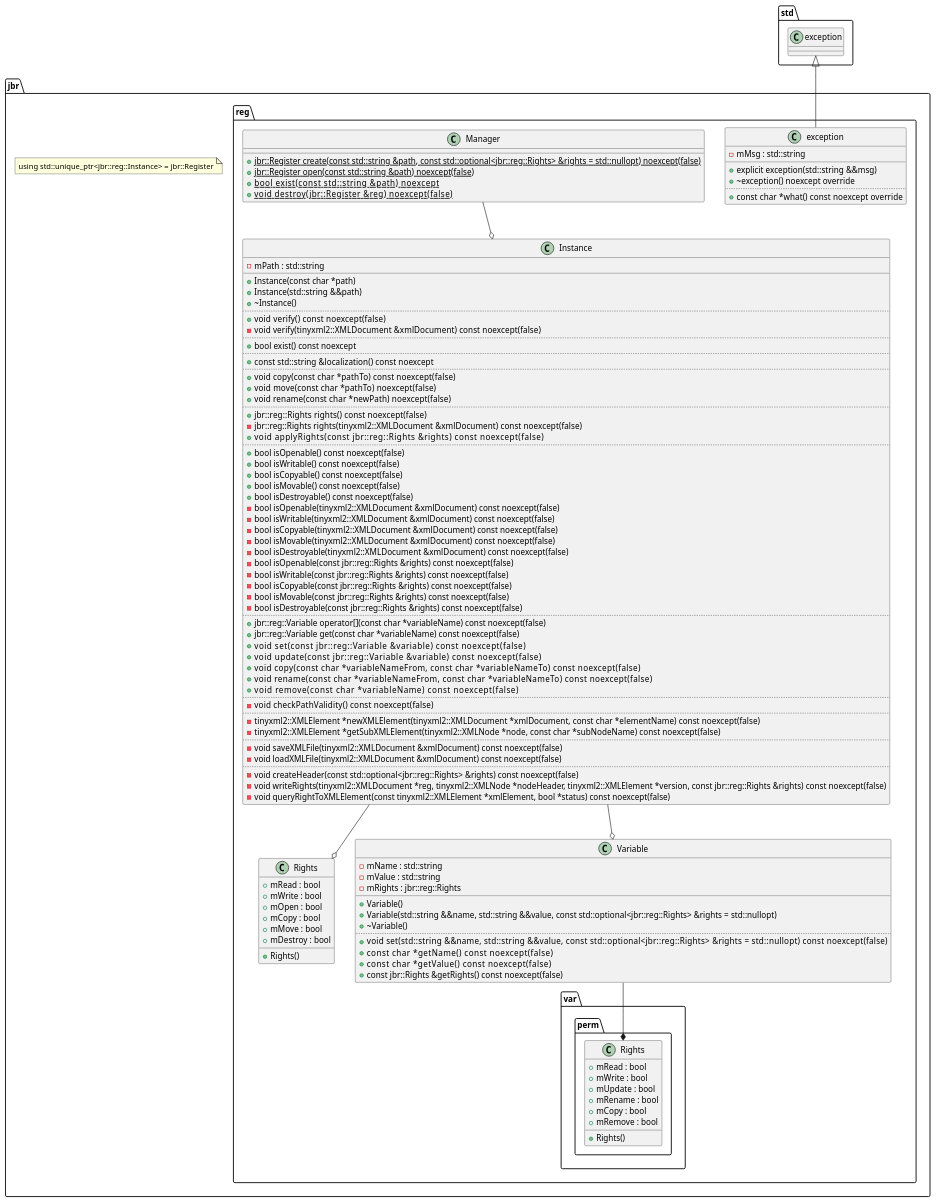
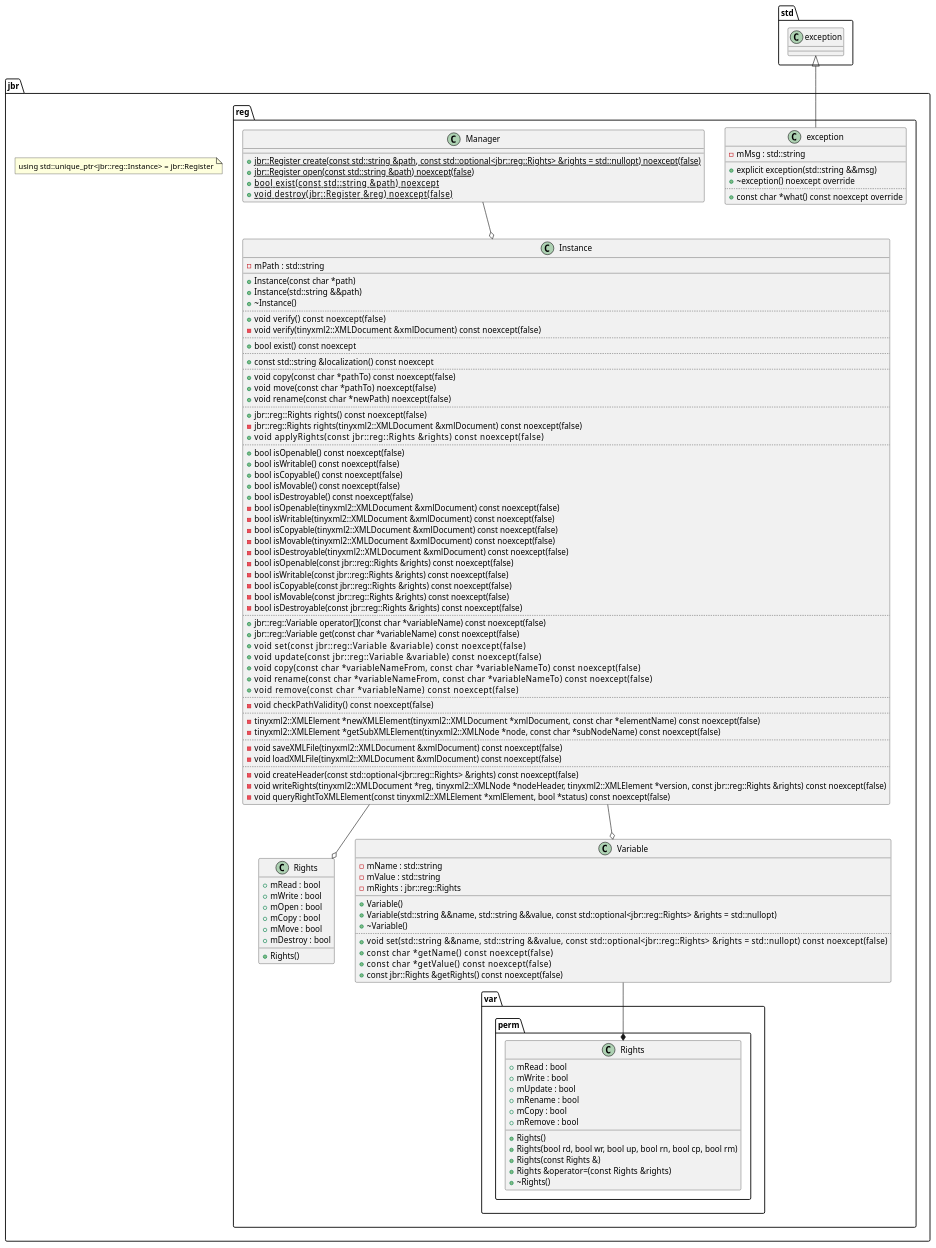
Before and after one commit to j-bruel/Register: the diagram in uml/cRegister.puml, drawn with PlantUML. The commit also changed 1 other file, not shown here.

Commit message:
Update uml on rights constructors

```diff
--- a/uml/cRegister.puml
+++ b/uml/cRegister.puml
@@ -1,145 +1,149 @@
 @startuml
 
 namespace std {
     class exception {
     }
 }
 
 namespace jbr {
 
     note "using std::unique_ptr<jbr::reg::Instance> = jbr::Register" as Register_Class_Name
 
     namespace reg {
 
         std.exception <|-- jbr.reg.exception
 
         class exception {
             -mMsg : std::string
             __
             +explicit exception(std::string &&msg)
             +~exception() noexcept override
             ..
             +const char  *what() const noexcept override
         }
 
         Manager --o	Instance
         Instance --o Rights
         Instance --o Variable
 
         class   Manager {
             +{static} jbr::Register create(const std::string &path, const std::optional<jbr::reg::Rights> &rights = std::nullopt) noexcept(false)
             +{static} jbr::Register open(const std::string &path) noexcept(false)
             +{static} bool          exist(const std::string &path) noexcept
             +{static} void          destroy(jbr::Register &reg) noexcept(false)
         }
 
         class Instance {
             -mPath : std::string
             __
             +Instance(const char *path)
             +Instance(std::string &&path)
             +~Instance()
             ..
             +void   verify() const noexcept(false)
             -void   verify(tinyxml2::XMLDocument &xmlDocument) const noexcept(false)
             ..
             +bool exist() const noexcept
             ..
             +const std::string  &localization() const noexcept
             ..
             +void   copy(const char *pathTo) const noexcept(false)
             +void   move(const char *pathTo) noexcept(false)
             +void   rename(const char *newPath) noexcept(false)
             ..
             +jbr::reg::Rights   rights() const noexcept(false)
             -jbr::reg::Rights   rights(tinyxml2::XMLDocument &xmlDocument) const noexcept(false)
             +void               applyRights(const jbr::reg::Rights &rights) const noexcept(false)
             ..
             +bool isOpenable() const noexcept(false)
             +bool isWritable() const noexcept(false)
             +bool isCopyable() const noexcept(false)
             +bool isMovable() const noexcept(false)
             +bool isDestroyable() const noexcept(false)
             -bool isOpenable(tinyxml2::XMLDocument &xmlDocument) const noexcept(false)
             -bool isWritable(tinyxml2::XMLDocument &xmlDocument) const noexcept(false)
             -bool isCopyable(tinyxml2::XMLDocument &xmlDocument) const noexcept(false)
             -bool isMovable(tinyxml2::XMLDocument &xmlDocument) const noexcept(false)
             -bool isDestroyable(tinyxml2::XMLDocument &xmlDocument) const noexcept(false)
             -bool isOpenable(const jbr::reg::Rights &rights) const noexcept(false)
             -bool isWritable(const jbr::reg::Rights &rights) const noexcept(false)
             -bool isCopyable(const jbr::reg::Rights &rights) const noexcept(false)
             -bool isMovable(const jbr::reg::Rights &rights) const noexcept(false)
             -bool isDestroyable(const jbr::reg::Rights &rights) const noexcept(false)
             ..
             +jbr::reg::Variable operator[](const char *variableName) const noexcept(false)
             +jbr::reg::Variable get(const char *variableName) const noexcept(false)
             +void               set(const jbr::reg::Variable &variable) const noexcept(false)
             +void               update(const jbr::reg::Variable &variable) const noexcept(false)
             +void               copy(const char *variableNameFrom, const char *variableNameTo) const noexcept(false)
             +void               rename(const char *variableNameFrom, const char *variableNameTo) const noexcept(false)
             +void               remove(const char *variableName) const noexcept(false)
             ..
             -void    checkPathValidity() const noexcept(false)
             ..
             -tinyxml2::XMLElement   *newXMLElement(tinyxml2::XMLDocument *xmlDocument, const char *elementName) const noexcept(false)
             -tinyxml2::XMLElement   *getSubXMLElement(tinyxml2::XMLNode *node, const char *subNodeName) const noexcept(false)
             ..
             -void saveXMLFile(tinyxml2::XMLDocument &xmlDocument) const noexcept(false)
             -void loadXMLFile(tinyxml2::XMLDocument &xmlDocument) const noexcept(false)
             ..
             -void createHeader(const std::optional<jbr::reg::Rights> &rights) const noexcept(false)
             -void writeRights(tinyxml2::XMLDocument *reg, tinyxml2::XMLNode *nodeHeader, tinyxml2::XMLElement *version, const jbr::reg::Rights &rights) const noexcept(false)
             -void queryRightToXMLElement(const tinyxml2::XMLElement *xmlElement, bool *status) const noexcept(false)
         }
 
         class Variable {
             -mName : std::string
             -mValue : std::string
             -mRights : jbr::reg::Rights
             __
             +Variable()
             +Variable(std::string &&name, std::string &&value, const std::optional<jbr::reg::Rights> &rights = std::nullopt)
             +~Variable()
             ..
             +void               set(std::string &&name, std::string &&value, const std::optional<jbr::reg::Rights> &rights = std::nullopt) const noexcept(false)
             +const char         *getName() const noexcept(false)
             +const char         *getValue() const noexcept(false)
             +const jbr::Rights  &getRights() const noexcept(false)
         }
 
         class Rights {
             +mRead : bool
             +mWrite : bool
             +mOpen : bool
             +mCopy : bool
             +mMove : bool
             +mDestroy : bool
             __
             +Rights()
         }
 
         namespace var {
 
             namespace perm {
 
                 jbr.reg.Variable --* jbr.reg.var.perm.Rights
 
                 class Rights {
                     +mRead : bool
                     +mWrite : bool
                     +mUpdate : bool
                     +mRename : bool
                     +mCopy : bool
                     +mRemove : bool
                     __
                     +Rights()
+                    +Rights(bool rd, bool wr, bool up, bool rn, bool cp, bool rm)
+                    +Rights(const Rights &)
+                    +Rights  &operator=(const Rights &rights)
+                    +~Rights()
                 }
 
             }
         }
 
     }
 
 }
 
 @enduml
```
